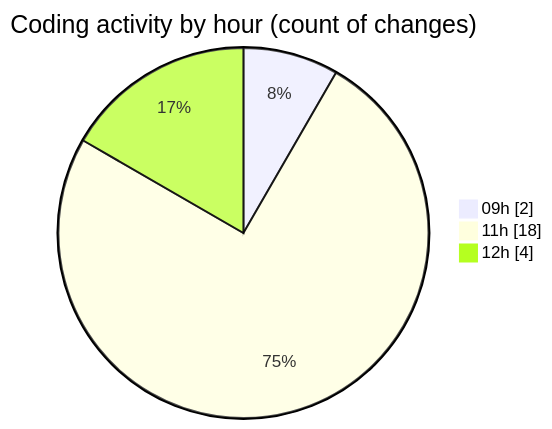
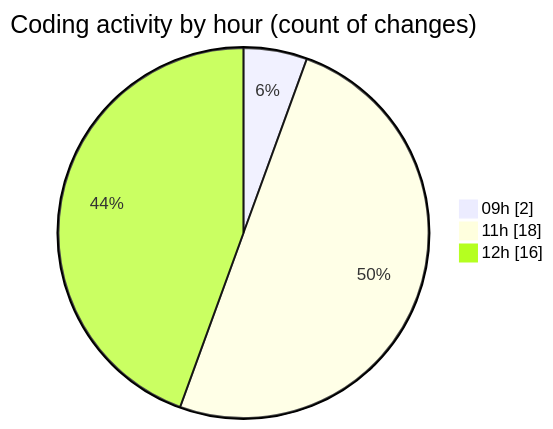
One commit to momahboobian/code-tracking changed the second of 2 diagrams in 2025-06-30/cda/README.md. Above: the diagram before and after it, drawn with Mermaid. The commit also changed other lines of this file and 1 other file, not shown here.

````diff
--- a/2025-06-30/cda/README.md
+++ b/2025-06-30/cda/README.md
@@ -41,7 +42,7 @@
 ```mermaid
 pie showData
 title Coding activity by hour (count of changes)
 "09h" : 2
 "11h" : 18
-"12h" : 4
+"12h" : 16
 ```
````
